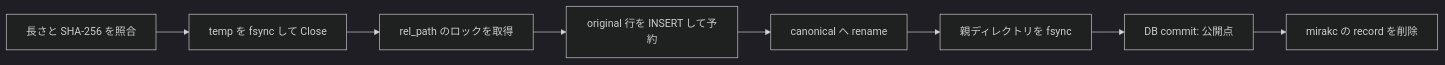
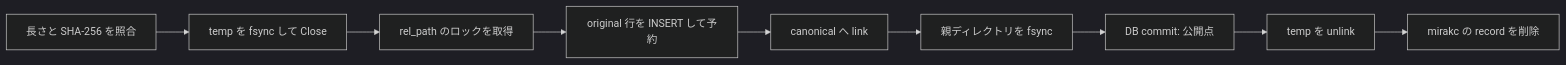
Before and after one commit to fetburner/rokuban: the diagram in docs/recording/ingest-retry.md, drawn with Mermaid (dark theme). The commit also changed other lines of this file and 4 other files, not shown here.

Commit message:
docs: describe link-based ingest publication and the canonical conflict runbook

````diff
--- a/docs/recording/ingest-retry.md
+++ b/docs/recording/ingest-retry.md
@@ -118,10 +118,11 @@
 ```mermaid
 flowchart LR
   A[長さと SHA-256 を照合] --> B[temp を fsync して Close]
   B --> C[rel_path のロックを取得]
   C --> D[original 行を INSERT して予約]
-  D --> E[canonical へ rename]
+  D --> E[canonical へ link]
   E --> F[親ディレクトリを fsync]
   F --> G[DB commit: 公開点]
-  G --> H[mirakc の record を削除]
+  G --> H[temp を unlink]
+  H --> I[mirakc の record を削除]
 ```
````
